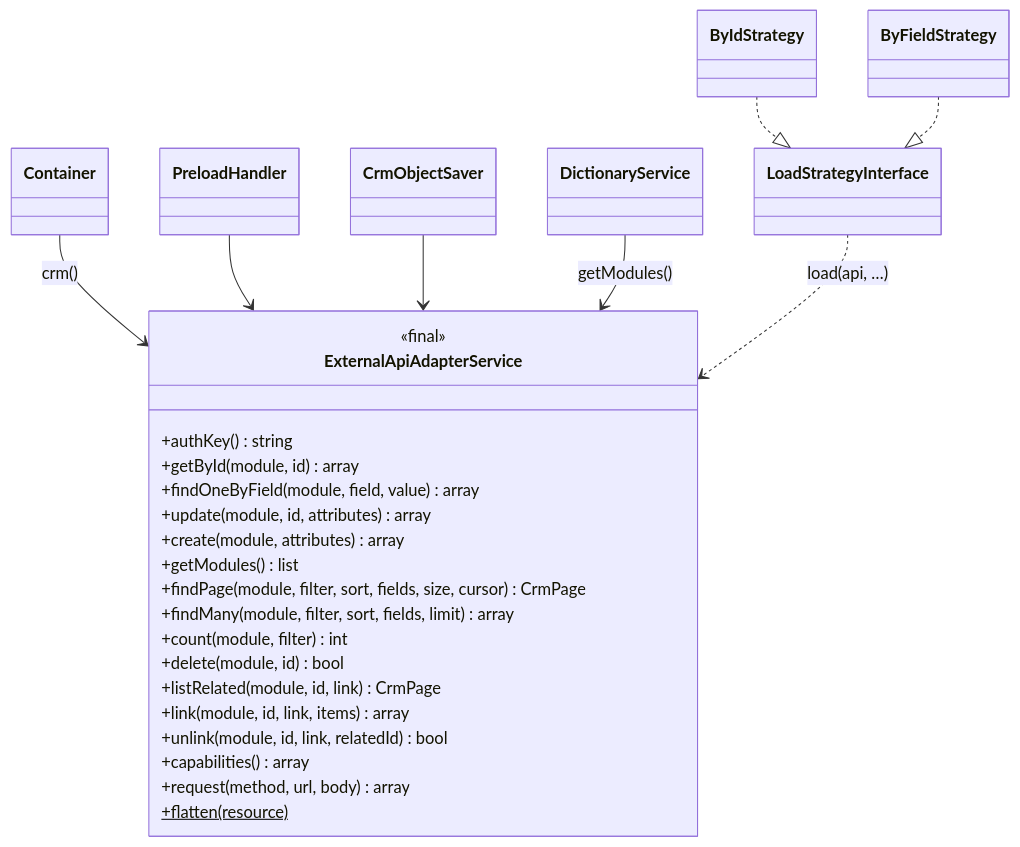
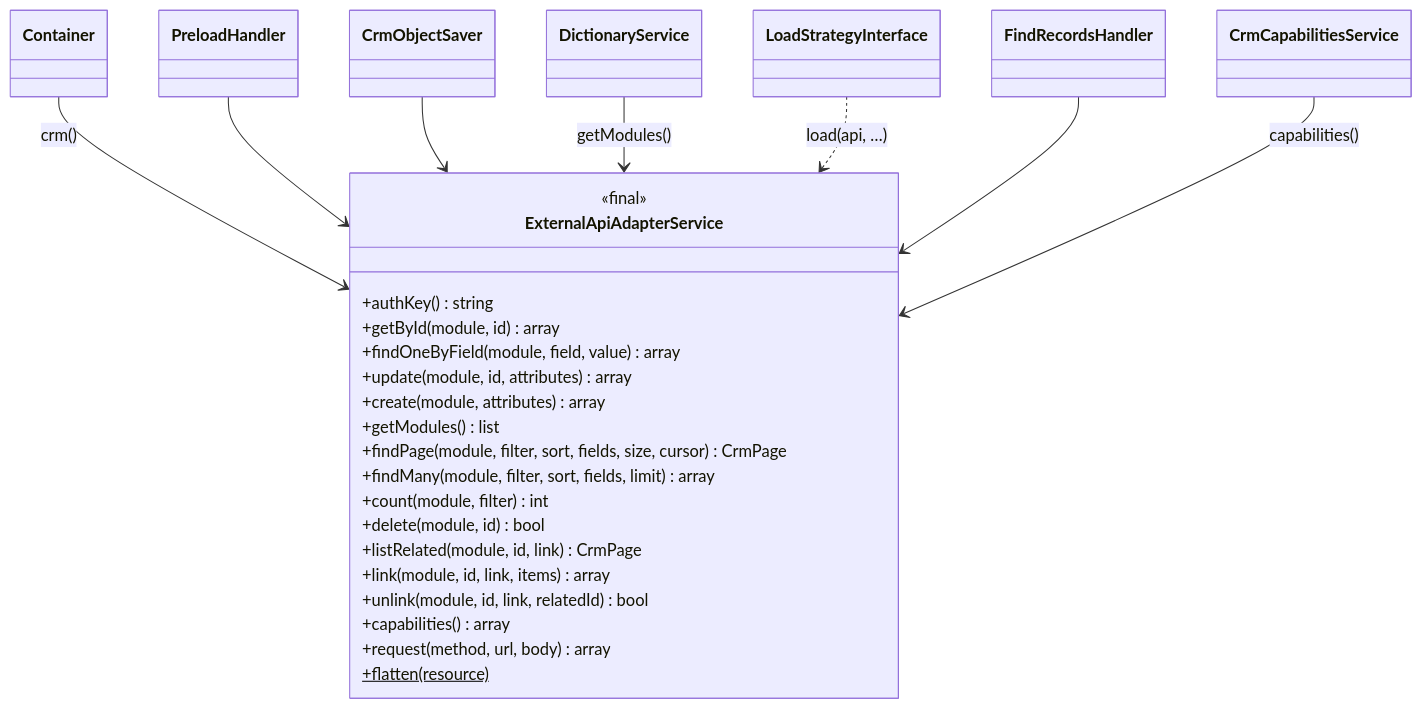
The diagram in doc/en/07-developer-guide/extending/new-crm-adapter.md (madarch-labs/Workflow-Processing-Service), drawn with Mermaid before and after one commit. The commit also changed other lines of this file and 200 other files, not shown here.

````diff
--- a/doc/en/07-developer-guide/extending/new-crm-adapter.md
+++ b/doc/en/07-developer-guide/extending/new-crm-adapter.md
@@ -17,29 +17,29 @@
 ```mermaid
 classDiagram
     class ExternalApiAdapterService {
         <<final>>
         +authKey() string
         +getById(module, id) array
         +findOneByField(module, field, value) array
         +update(module, id, attributes) array
         +create(module, attributes) array
         +getModules() list
         +findPage(module, filter, sort, fields, size, cursor) CrmPage
         +findMany(module, filter, sort, fields, limit) array
         +count(module, filter) int
         +delete(module, id) bool
         +listRelated(module, id, link) CrmPage
         +link(module, id, link, items) array
         +unlink(module, id, link, relatedId) bool
         +capabilities() array
         +request(method, url, body) array
         +flatten(resource)$
     }
     Container --> ExternalApiAdapterService : crm()
     PreloadHandler --> ExternalApiAdapterService
     CrmObjectSaver --> ExternalApiAdapterService
     DictionaryService --> ExternalApiAdapterService : getModules()
     LoadStrategyInterface ..> ExternalApiAdapterService : load(api, …)
-    ByIdStrategy ..|> LoadStrategyInterface
-    ByFieldStrategy ..|> LoadStrategyInterface
+    FindRecordsHandler --> ExternalApiAdapterService
+    CrmCapabilitiesService --> ExternalApiAdapterService : capabilities()
 ```
````
